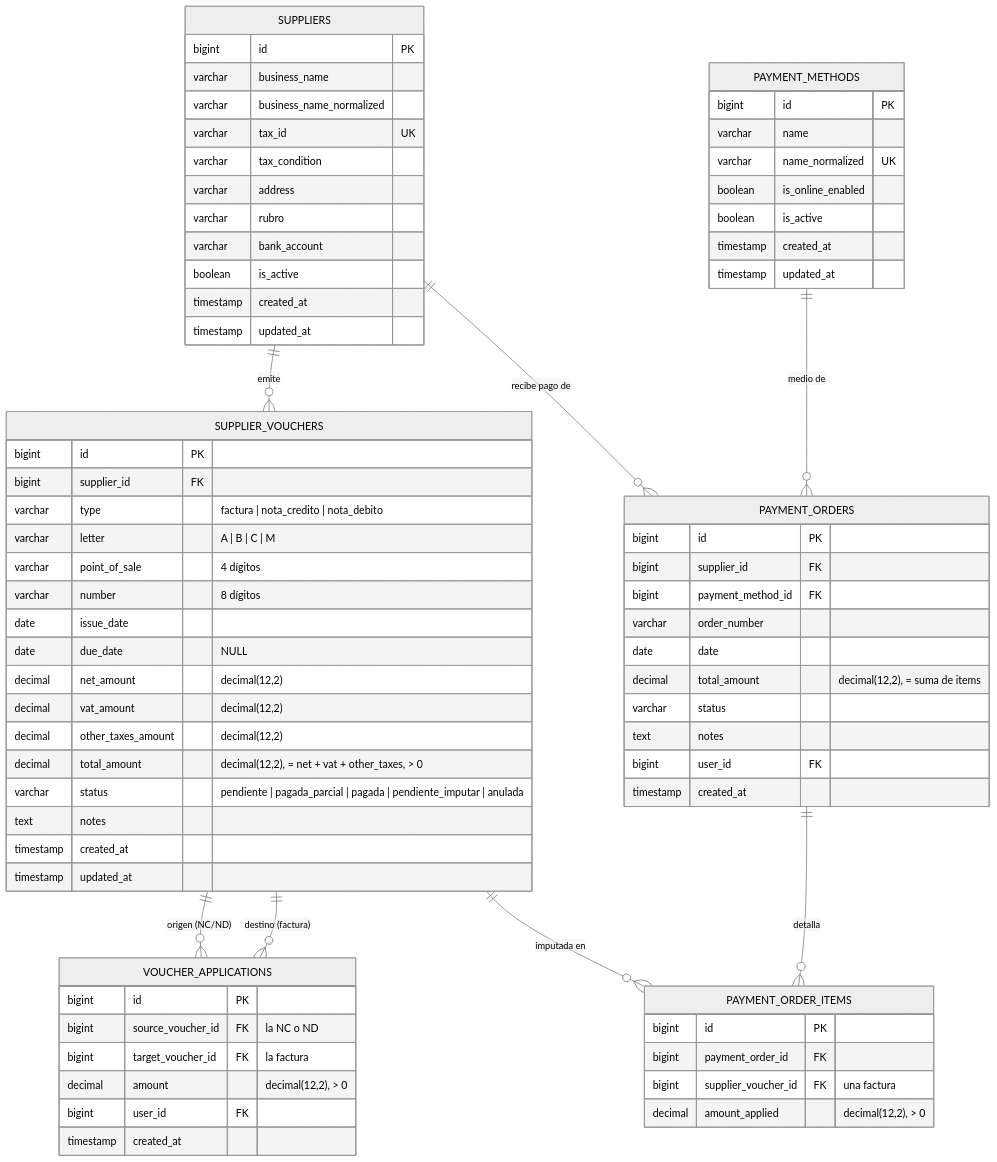
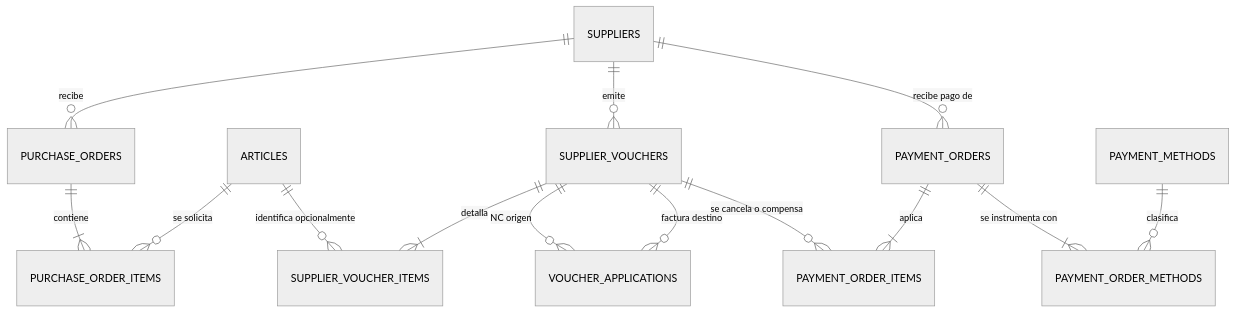
Before and after one commit to MauricioLopezC/la-linda-app: the diagram in docs/backlog/sprint-backlog-2.md, drawn with Mermaid (neutral theme). The commit also changed other lines of this file and 1 other file, not shown here.

````diff
--- a/docs/backlog/sprint-backlog-2.md
+++ b/docs/backlog/sprint-backlog-2.md
@@ -251,77 +202,18 @@
 ```mermaid
 erDiagram
-    SUPPLIERS {
-        bigint id PK
-        varchar business_name
-        varchar business_name_normalized
-        varchar tax_id UK
-        varchar tax_condition
-        varchar address
-        varchar rubro
-        varchar bank_account
-        boolean is_active
-        timestamp created_at
-        timestamp updated_at
-    }
-    PAYMENT_METHODS {
-        bigint id PK
-        varchar name
-        varchar name_normalized UK
-        boolean is_online_enabled
-        boolean is_active
-        timestamp created_at
-        timestamp updated_at
-    }
-    SUPPLIER_VOUCHERS {
-        bigint id PK
-        bigint supplier_id FK
-        varchar type "factura | nota_credito | nota_debito"
-        varchar letter "A | B | C | M"
-        varchar point_of_sale "4 dígitos"
-        varchar number "8 dígitos"
-        date issue_date
-        date due_date "NULL"
-        decimal net_amount "decimal(12,2)"
-        decimal vat_amount "decimal(12,2)"
-        decimal other_taxes_amount "decimal(12,2)"
-        decimal total_amount "decimal(12,2), = net + vat + other_taxes, > 0"
-        varchar status "pendiente | pagada_parcial | pagada | pendiente_imputar | anulada"
-        text notes
-        timestamp created_at
-        timestamp updated_at
-    }
-    VOUCHER_APPLICATIONS {
-        bigint id PK
-        bigint source_voucher_id FK "la NC o ND"
-        bigint target_voucher_id FK "la factura"
-        decimal amount "decimal(12,2), > 0"
-        bigint user_id FK
-        timestamp created_at
-    }
-    PAYMENT_ORDERS {
-        bigint id PK
-        bigint supplier_id FK
-        bigint payment_method_id FK
-        varchar order_number
-        date date
-        decimal total_amount "decimal(12,2), = suma de items"
-        varchar status
-        text notes
-        bigint user_id FK
-        timestamp created_at
-    }
-    PAYMENT_ORDER_ITEMS {
-        bigint id PK
-        bigint payment_order_id FK
-        bigint supplier_voucher_id FK "una factura"
-        decimal amount_applied "decimal(12,2), > 0"
-    }
+    SUPPLIERS ||--o{ PURCHASE_ORDERS : "recibe"
+    PURCHASE_ORDERS ||--|{ PURCHASE_ORDER_ITEMS : "contiene"
+    ARTICLES ||--o{ PURCHASE_ORDER_ITEMS : "se solicita"
 
-    SUPPLIERS ||--o{ SUPPLIER_VOUCHERS : emite
+    SUPPLIERS ||--o{ SUPPLIER_VOUCHERS : "emite"
+    SUPPLIER_VOUCHERS ||--|{ SUPPLIER_VOUCHER_ITEMS : "detalla"
+    ARTICLES ||--o{ SUPPLIER_VOUCHER_ITEMS : "identifica opcionalmente"
+    SUPPLIER_VOUCHERS ||--o{ VOUCHER_APPLICATIONS : "NC origen"
+    SUPPLIER_VOUCHERS ||--o{ VOUCHER_APPLICATIONS : "factura destino"
+
     SUPPLIERS ||--o{ PAYMENT_ORDERS : "recibe pago de"
-    PAYMENT_METHODS ||--o{ PAYMENT_ORDERS : "medio de"
-    SUPPLIER_VOUCHERS ||--o{ VOUCHER_APPLICATIONS : "origen (NC/ND)"
-    SUPPLIER_VOUCHERS ||--o{ VOUCHER_APPLICATIONS : "destino (factura)"
-    PAYMENT_ORDERS ||--o{ PAYMENT_ORDER_ITEMS : detalla
-    SUPPLIER_VOUCHERS ||--o{ PAYMENT_ORDER_ITEMS : "imputada en"
+    PAYMENT_ORDERS ||--|{ PAYMENT_ORDER_ITEMS : "aplica"
+    SUPPLIER_VOUCHERS ||--o{ PAYMENT_ORDER_ITEMS : "se cancela o compensa"
+    PAYMENT_ORDERS ||--|{ PAYMENT_ORDER_METHODS : "se instrumenta con"
+    PAYMENT_METHODS ||--o{ PAYMENT_ORDER_METHODS : "clasifica"
 ```
````
